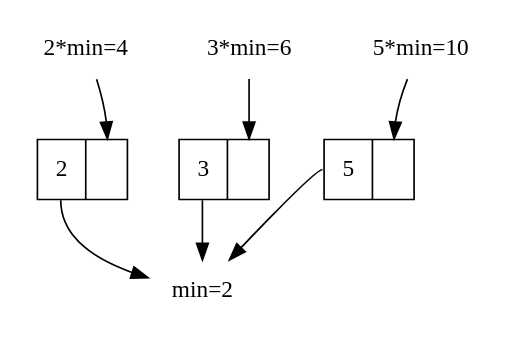
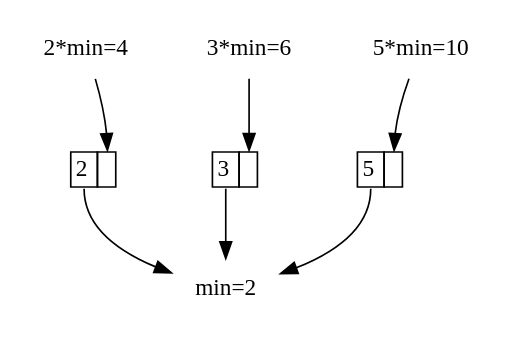
Before and after one commit to liuxinyu95/AlgoXY: the diagram in others/preface/img/q235-1.dot, drawn with Graphviz. The commit also changed 7 other files, not shown here.

```diff
--- a/others/preface/img/q235-1.dot
+++ b/others/preface/img/q235-1.dot
@@ -1,19 +1,22 @@
 digraph G{
 	margin="0"
-	node[shape=record]
-	q2[label="<head> 2 | <tail>"];
-	q3[label="<head> 3 | <tail>"];
-	q5[label="<head> 5 | <tail>"];
-	x[label="min=2", shape=none];
-	x2[label="2*min=4", shape=none];
-	x3[label="3*min=6", shape=none];
-	x5[label="5*min=10", shape=none];
+	node[shape=plaintext]
+	q2[label=<<table BORDER="0" CELLBORDER="1" CELLSPACING="0">
+       <tr><td port="head">2</td><td port="tail"> </td></tr></table>>]
+	q3[label=<<table BORDER="0" CELLBORDER="1" CELLSPACING="0">
+       <tr><td port="head">3</td><td port="tail"> </td></tr></table>>]
+	q5[label=<<table BORDER="0" CELLBORDER="1" CELLSPACING="0">
+       <tr><td port="head">5</td><td port="tail"> </td></tr></table>>]
+	x[label="min=2", style=filled, color=white];
+	x2[label="2*min=4", style=filled, color=white];
+	x3[label="3*min=6", style=filled, color=white];
+	x5[label="5*min=10", style=filled, color=white];
 	q2:head->x;
 	q3:head->x;
 	q5:head->x;
 	x2->x3->x5[style=invis];
 	x2->q2:tail;
 	x3->q3:tail;
 	x5->q5:tail;
 	{rank = same; x2; x3; x5}
 }
```
